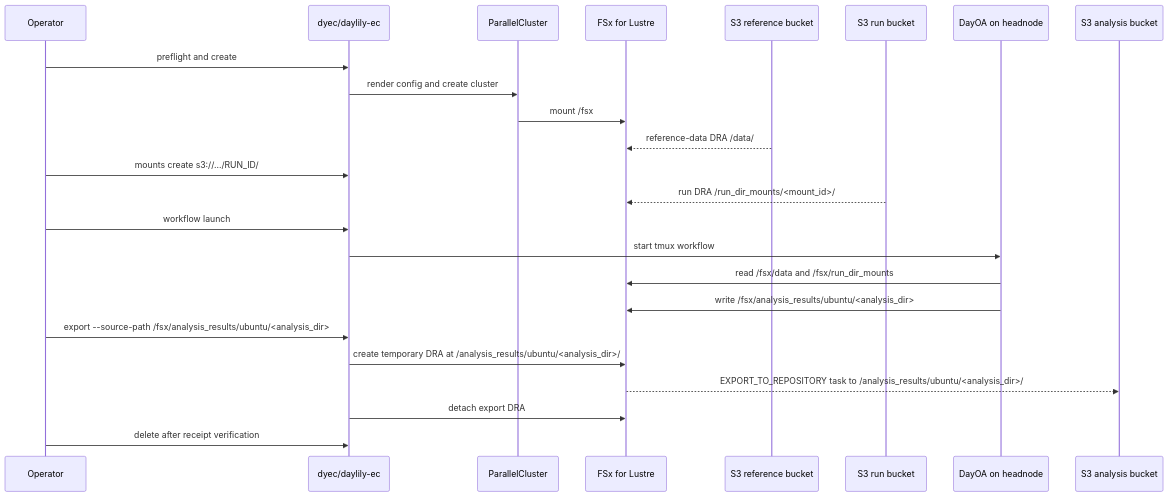
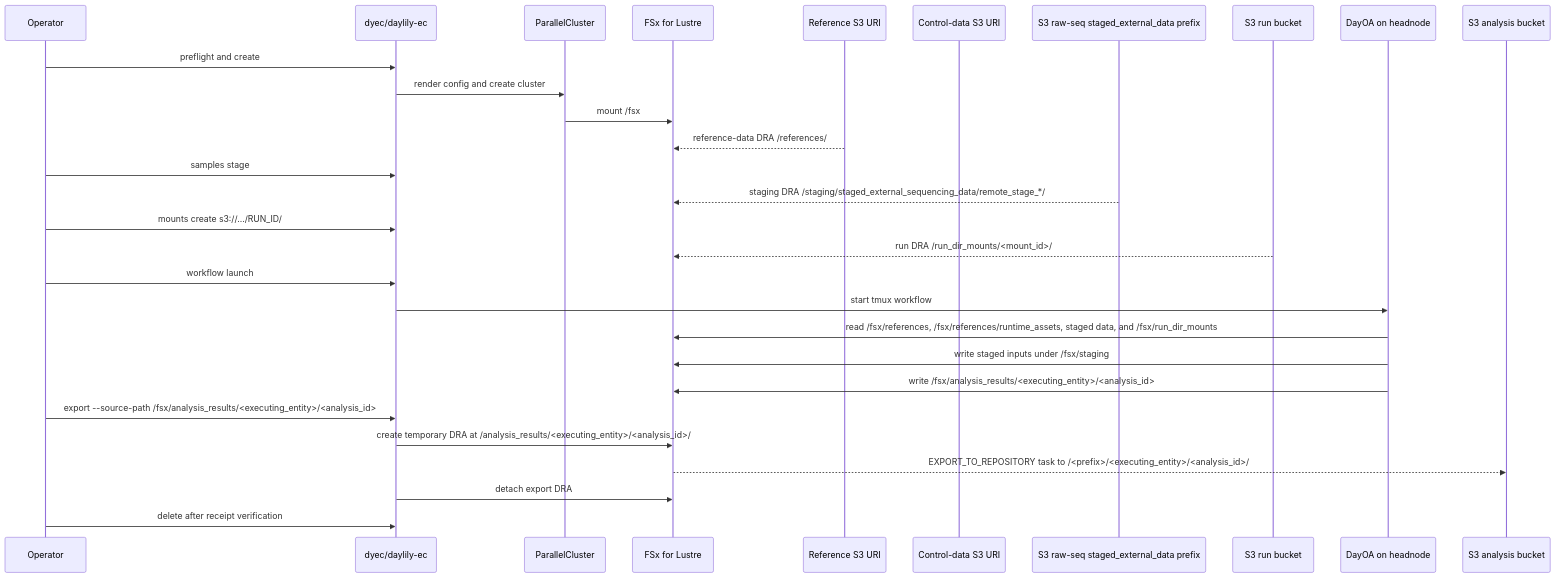
The first of 3 diagrams in docs/dra_fsx_strategy.md (Daylily-Informatics/daylily-ephemeral-cluster), drawn with Mermaid before and after one commit. The commit also changed other lines of this file and 557 other files, not shown here.

First line of the commit message:
Implement one-DRA bucket contract (#255)

````diff
--- a/docs/dra_fsx_strategy.md
+++ b/docs/dra_fsx_strategy.md
@@ -18,27 +21,32 @@
 ```mermaid
 sequenceDiagram
   participant Op as Operator
   participant DyEC as dyec/daylily-ec
   participant PC as ParallelCluster
   participant FSx as FSx for Lustre
-  participant Ref as S3 reference bucket
+  participant Ref as Reference S3 URI
+  participant Ctrl as Control-data S3 URI
+  participant Stage as S3 raw-seq staged_external_data prefix
   participant Run as S3 run bucket
   participant DayOA as DayOA on headnode
   participant Out as S3 analysis bucket
 
   Op->>DyEC: preflight and create
   DyEC->>PC: render config and create cluster
   PC->>FSx: mount /fsx
-  Ref-->>FSx: reference-data DRA /data/
+  Ref-->>FSx: reference-data DRA /references/
+  Op->>DyEC: samples stage
+  Stage-->>FSx: staging DRA /staging/staged_external_sequencing_data/remote_stage_*/
   Op->>DyEC: mounts create s3://.../RUN_ID/
   Run-->>FSx: run DRA /run_dir_mounts/<mount_id>/
   Op->>DyEC: workflow launch
   DyEC->>DayOA: start tmux workflow
-  DayOA->>FSx: read /fsx/data and /fsx/run_dir_mounts
-  DayOA->>FSx: write /fsx/analysis_results/ubuntu/<analysis_dir>
-  Op->>DyEC: export --source-path /fsx/analysis_results/ubuntu/<analysis_dir>
-  DyEC->>FSx: create temporary DRA at /analysis_results/ubuntu/<analysis_dir>/
-  FSx-->>Out: EXPORT_TO_REPOSITORY task to /analysis_results/ubuntu/<analysis_dir>/
+  DayOA->>FSx: read /fsx/references, /fsx/references/runtime_assets, staged data, and /fsx/run_dir_mounts
+  DayOA->>FSx: write staged inputs under /fsx/staging
+  DayOA->>FSx: write /fsx/analysis_results/<executing_entity>/<analysis_id>
+  Op->>DyEC: export --source-path /fsx/analysis_results/<executing_entity>/<analysis_id>
+  DyEC->>FSx: create temporary DRA at /analysis_results/<executing_entity>/<analysis_id>/
+  FSx-->>Out: EXPORT_TO_REPOSITORY task to /<prefix>/<executing_entity>/<analysis_id>/
   DyEC->>FSx: detach export DRA
   Op->>DyEC: delete after receipt verification
 ```
````
